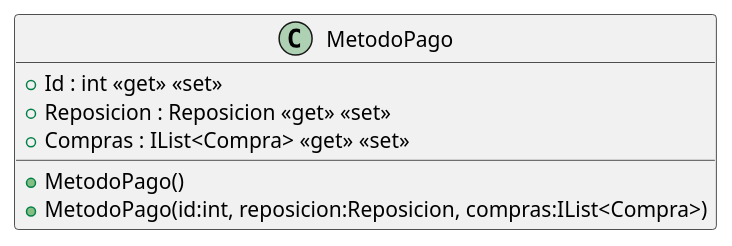
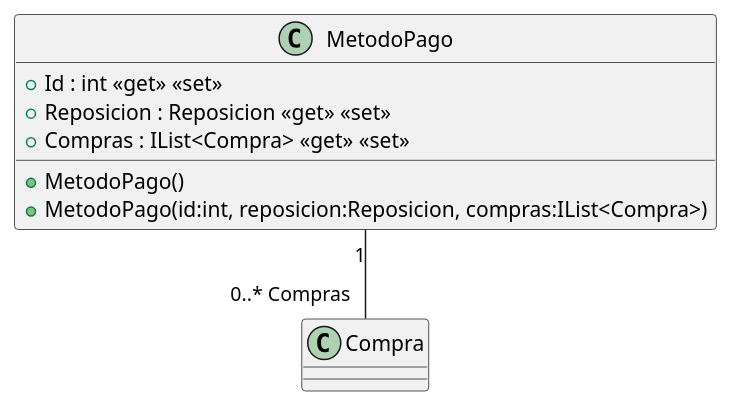
One commit to ISII2627SoftwareEngineers/ISII2627SoftwareEngineers changed the diagram in src/AppForSEII.API/ClassDiagram/MetodoPago.puml. Above: the diagram before and after it, drawn with PlantUML.

Commit message:
Añadido la relacion entre clase MetodoPago y clase Compra

```diff
--- a/src/AppForSEII.API/ClassDiagram/MetodoPago.puml
+++ b/src/AppForSEII.API/ClassDiagram/MetodoPago.puml
@@ -1,9 +1,11 @@
 @startuml
 class MetodoPago {
     + MetodoPago()
     + MetodoPago(id:int, reposicion:Reposicion, compras:IList<Compra>)
     + Id : int <<get>> <<set>>
     + Reposicion : Reposicion <<get>> <<set>>
     + Compras : IList<Compra> <<get>> <<set>>
 }
+'para caso de uso comprar libros
+MetodoPago "1" -- "0..* Compras" Compra 
 @enduml
```
